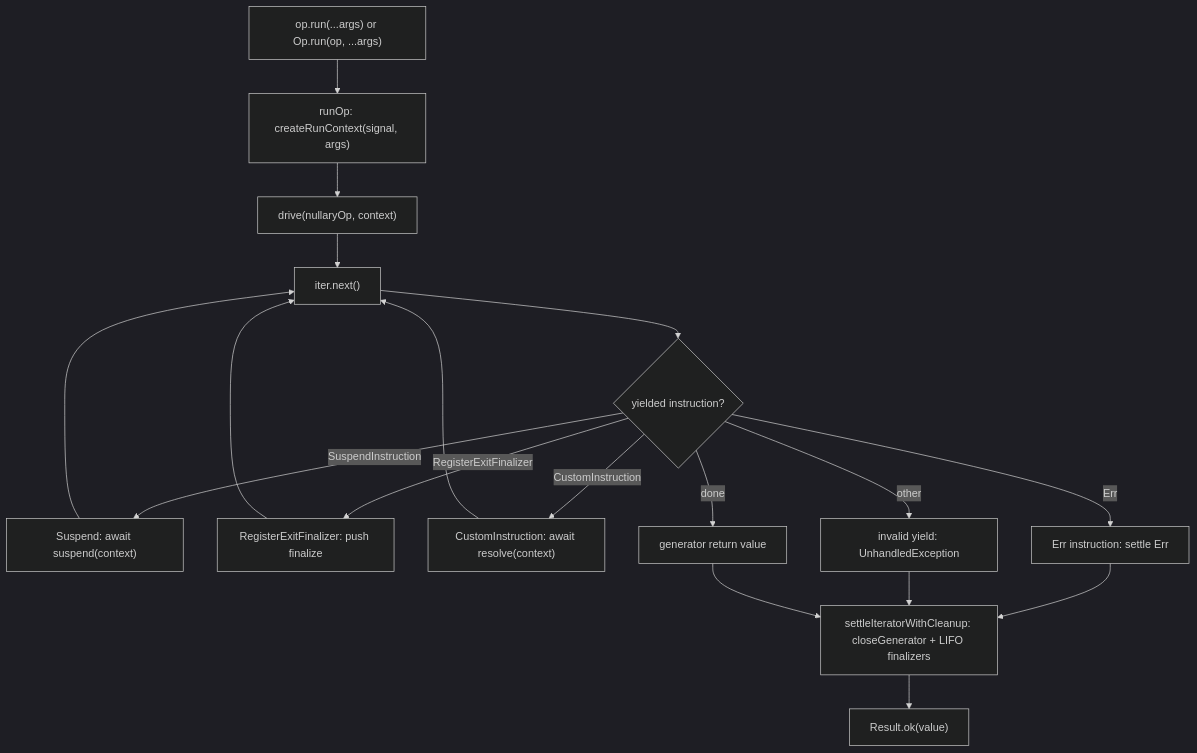
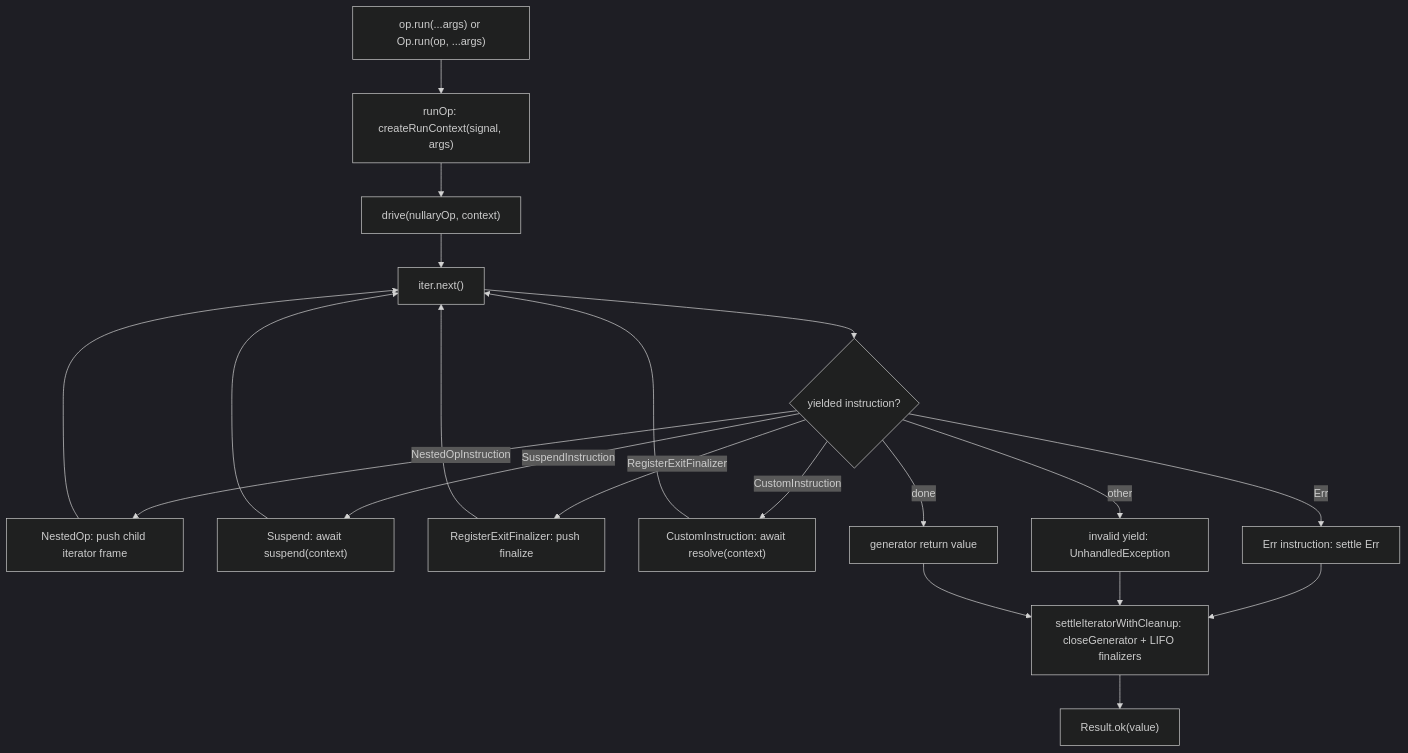
The diagram in docs/contributor/runtime-architecture.md (trvswgnr/prodkit), drawn with Mermaid (dark theme) before and after one commit. The commit also changed other lines of this file and 7 other files, not shown here.

````diff
--- a/docs/contributor/runtime-architecture.md
+++ b/docs/contributor/runtime-architecture.md
@@ -305,25 +315,27 @@
 ```mermaid
 flowchart TD
   run["op.run(...args) or Op.run(op, ...args)"]
   runOp["runOp: createRunContext(signal, args)"]
   drive["drive(nullaryOp, context)"]
   next["iter.next()"]
   dispatch{"yielded instruction?"}
+  nested["NestedOp: push child iterator frame"]
   suspend["Suspend: await suspend(context)"]
   finalizer["RegisterExitFinalizer: push finalize"]
   custom["CustomInstruction: await resolve(context)"]
   err["Err instruction: settle Err"]
   invalid["invalid yield: UnhandledException"]
   done["generator return value"]
   settle["settleIteratorWithCleanup: closeGenerator + LIFO finalizers"]
   ok["Result.ok(value)"]
 
   run --> runOp --> drive --> next --> dispatch
+  dispatch -->|NestedOpInstruction| nested --> next
   dispatch -->|SuspendInstruction| suspend --> next
   dispatch -->|RegisterExitFinalizer| finalizer --> next
   dispatch -->|CustomInstruction| custom --> next
   dispatch -->|Err| err --> settle
   dispatch -->|other| invalid --> settle
   dispatch -->|done| done --> settle
   settle --> ok
 ```
````
